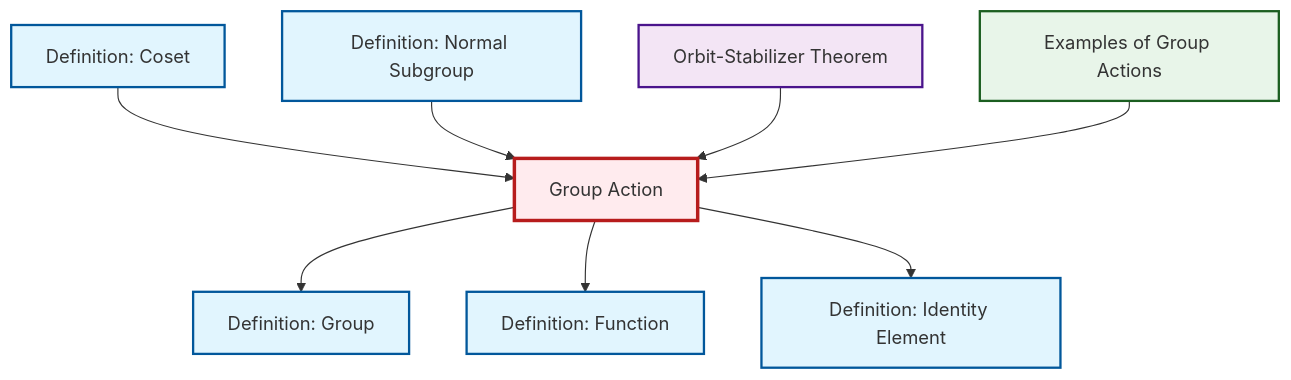
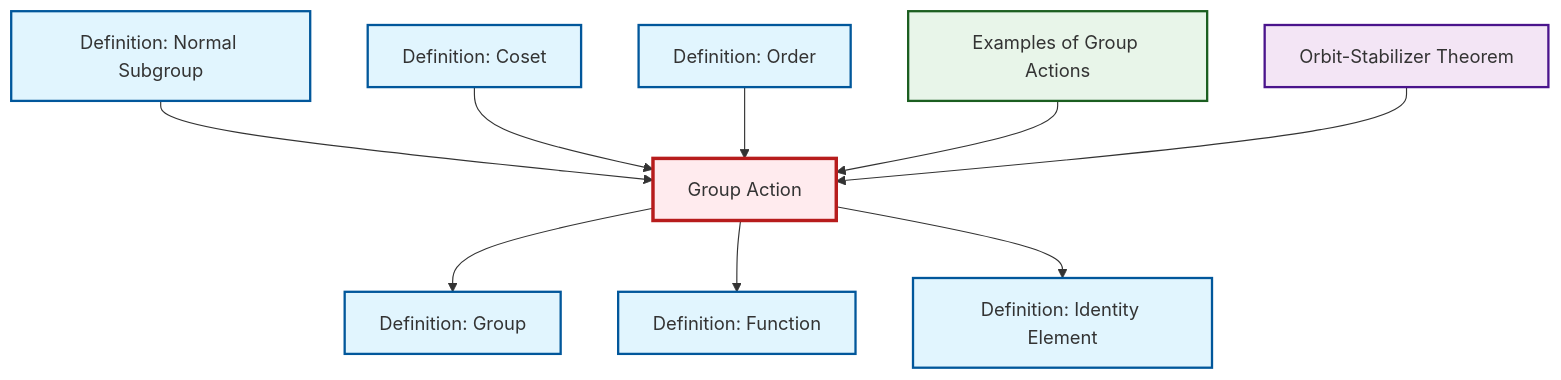
The diagram in content/ja/algebra/def-group-action.qmd (RK0429/ModernMath), drawn with Mermaid before and after one commit. The commit also changed 581 other files, not shown here.

````diff
--- a/content/ja/algebra/def-group-action.qmd
+++ b/content/ja/algebra/def-group-action.qmd
@@ -62,32 +62,35 @@
 ```{mermaid}
 %%| fig-cap: "Local dependency graph"
 graph TD
     classDef definition fill:#e1f5fe,stroke:#01579b,stroke-width:2px
     classDef theorem fill:#f3e5f5,stroke:#4a148c,stroke-width:2px
     classDef axiom fill:#fff3e0,stroke:#e65100,stroke-width:2px
     classDef example fill:#e8f5e9,stroke:#1b5e20,stroke-width:2px
     classDef current fill:#ffebee,stroke:#b71c1c,stroke-width:3px
+    def-function["Definition: Function"]:::definition
+    def-order["Definition: Order"]:::definition
+    thm-orbit-stabilizer["Orbit-Stabilizer Theorem"]:::theorem
     def-group-action["Group Action"]:::definition
+    ex-group-action-examples["Examples of Group Actions"]:::example
+    def-coset["Definition: Coset"]:::definition
+    def-identity-element["Definition: Identity Element"]:::definition
     def-group["Definition: Group"]:::definition
-    def-function["Definition: Function"]:::definition
-    thm-orbit-stabilizer["Orbit-Stabilizer Theorem"]:::theorem
     def-normal-subgroup["Definition: Normal Subgroup"]:::definition
-    def-coset["Definition: Coset"]:::definition
-    ex-group-action-examples["Examples of Group Actions"]:::example
-    def-identity-element["Definition: Identity Element"]:::definition
+    def-group-action --> def-group
+    def-normal-subgroup --> def-group-action
+    def-group-action --> def-function
     def-coset --> def-group-action
-    def-normal-subgroup --> def-group-action
-    def-group-action --> def-group
-    def-group-action --> def-function
-    thm-orbit-stabilizer --> def-group-action
+    def-order --> def-group-action
     def-group-action --> def-identity-element
     ex-group-action-examples --> def-group-action
+    thm-orbit-stabilizer --> def-group-action
     class def-group-action current
+    click def-function "def-function.html" "Definition: Functionへ"
+    click def-order "def-order.html" "Definition: Orderへ"
+    click thm-orbit-stabilizer "thm-orbit-stabilizer.html" "Orbit-Stabilizer Theoremへ"
+    click ex-group-action-examples "ex-group-action-examples.html" "Examples of Group Actionsへ"
+    click def-coset "def-coset.html" "Definition: Cosetへ"
+    click def-identity-element "def-identity-element.html" "Definition: Identity Elementへ"
     click def-group "def-group.html" "Definition: Groupへ"
-    click def-function "def-function.html" "Definition: Functionへ"
-    click thm-orbit-stabilizer "thm-orbit-stabilizer.html" "Orbit-Stabilizer Theoremへ"
     click def-normal-subgroup "def-normal-subgroup.html" "Definition: Normal Subgroupへ"
-    click def-coset "def-coset.html" "Definition: Cosetへ"
-    click ex-group-action-examples "ex-group-action-examples.html" "Examples of Group Actionsへ"
-    click def-identity-element "def-identity-element.html" "Definition: Identity Elementへ"
 ```
````
